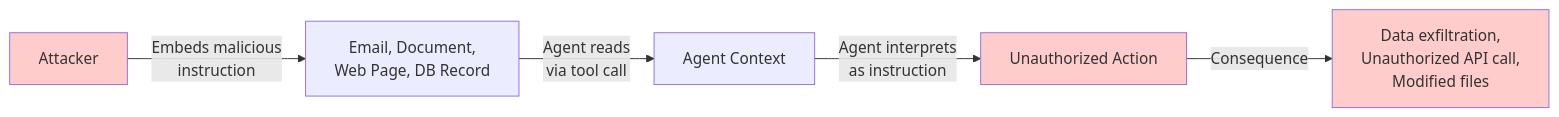
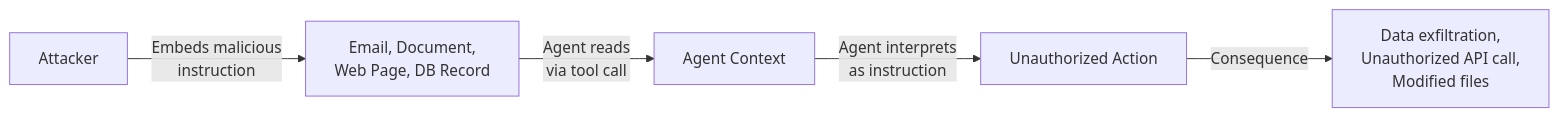
One commit to machinedge/building-effective-agents changed diagram 16 of 21 in building-effective-agents.md. Above: the diagram before and after it, drawn with Mermaid. The commit also changed other lines of this file, not shown here.

Commit message:
removed fill colors in mermaid diagrams

````diff
--- a/building-effective-agents.md
+++ b/building-effective-agents.md
@@ -1250,11 +1208,7 @@
 ```mermaid
 graph LR
     A["Attacker"] -->|"Embeds malicious<br/>instruction"| B["Email, Document,<br/>Web Page, DB Record"]
     B -->|"Agent reads<br/>via tool call"| C["Agent Context"]
     C -->|"Agent interprets<br/>as instruction"| D["Unauthorized Action"]
     D -->|Consequence| E["Data exfiltration,<br/>Unauthorized API call,<br/>Modified files"]
-
-    style A fill:#ffcccc
-    style D fill:#ffcccc
-    style E fill:#ffcccc
 ```
````
